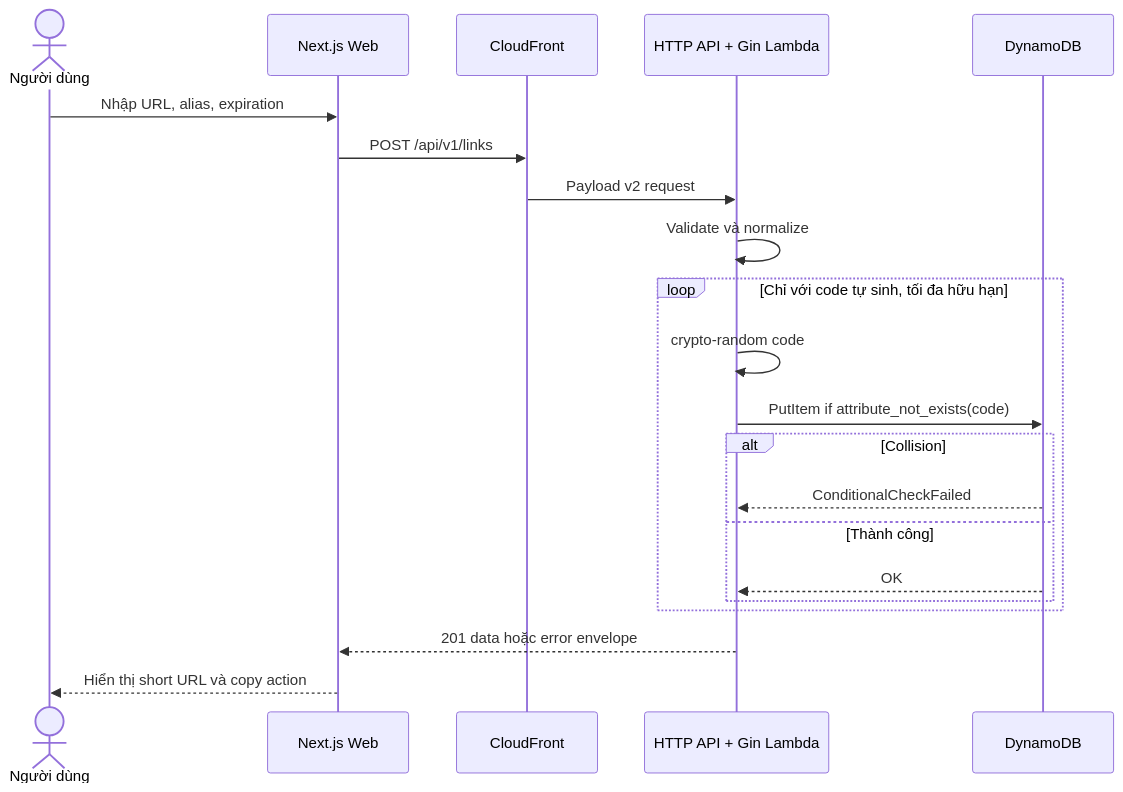
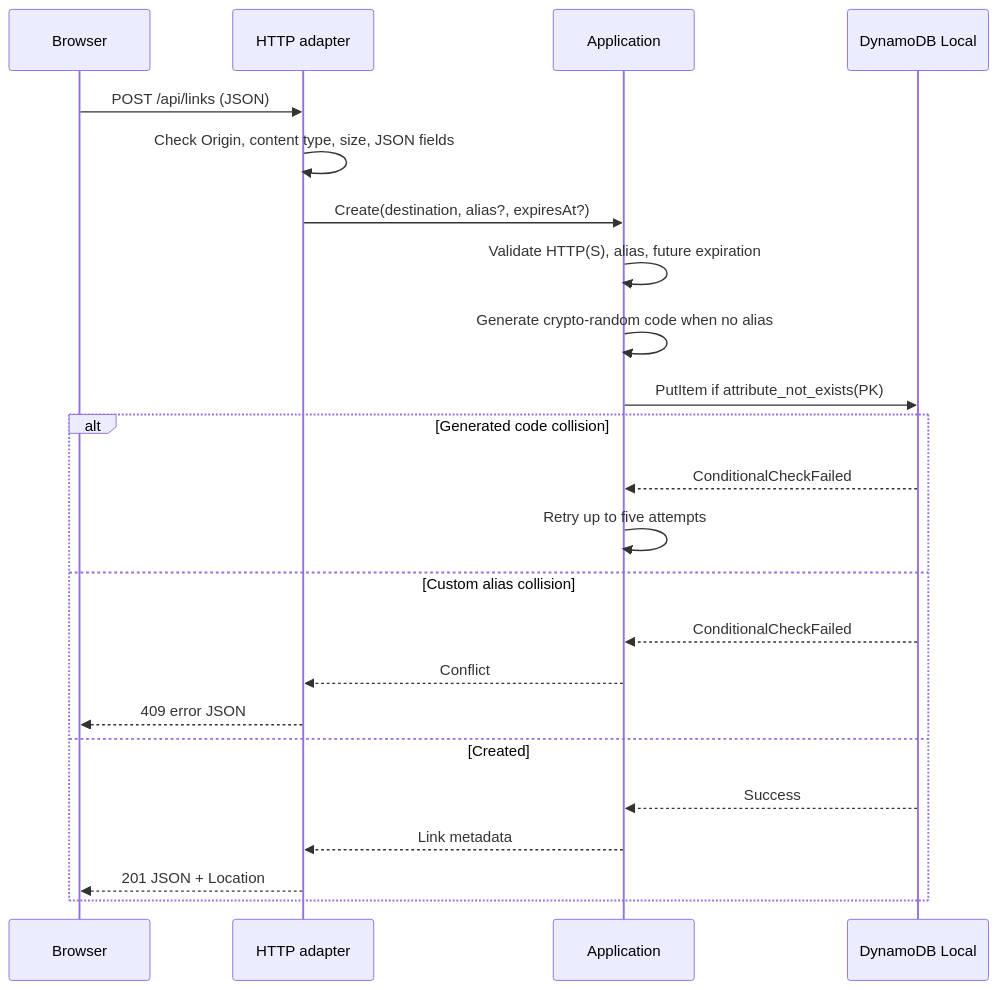
The second of 4 diagrams in docs/architecture.md (TrieuNguyenPhu/shorten-link), drawn with Mermaid before and after one commit. The commit also changed other lines of this file and 153 other files, not shown here.

````diff
--- a/docs/architecture.md
+++ b/docs/architecture.md
@@ -156,24 +42,25 @@
 ```mermaid
 sequenceDiagram
-  actor U as Người dùng
-  participant W as Next.js Web
-  participant E as CloudFront
-  participant A as HTTP API + Gin Lambda
-  participant D as DynamoDB
-
-  U->>W: Nhập URL, alias, expiration
-  W->>E: POST /api/v1/links
-  E->>A: Payload v2 request
-  A->>A: Validate và normalize
-  loop Chỉ với code tự sinh, tối đa hữu hạn
-    A->>A: crypto-random code
-    A->>D: PutItem if attribute_not_exists(code)
-    alt Collision
-      D-->>A: ConditionalCheckFailed
-    else Thành công
-      D-->>A: OK
-    end
+  participant U as Browser
+  participant H as HTTP adapter
+  participant A as Application
+  participant D as DynamoDB Local
+  U->>H: POST /api/links (JSON)
+  H->>H: Check Origin, content type, size, JSON fields
+  H->>A: Create(destination, alias?, expiresAt?)
+  A->>A: Validate HTTP(S), alias, future expiration
+  A->>A: Generate crypto-random code when no alias
+  A->>D: PutItem if attribute_not_exists(PK)
+  alt Generated code collision
+    D-->>A: ConditionalCheckFailed
+    A->>A: Retry up to five attempts
+  else Custom alias collision
+    D-->>A: ConditionalCheckFailed
+    A-->>H: Conflict
+    H-->>U: 409 error JSON
+  else Created
+    D-->>A: Success
+    A-->>H: Link metadata
+    H-->>U: 201 JSON + Location
   end
-  A-->>W: 201 data hoặc error envelope
-  W-->>U: Hiển thị short URL và copy action
 ```
````
